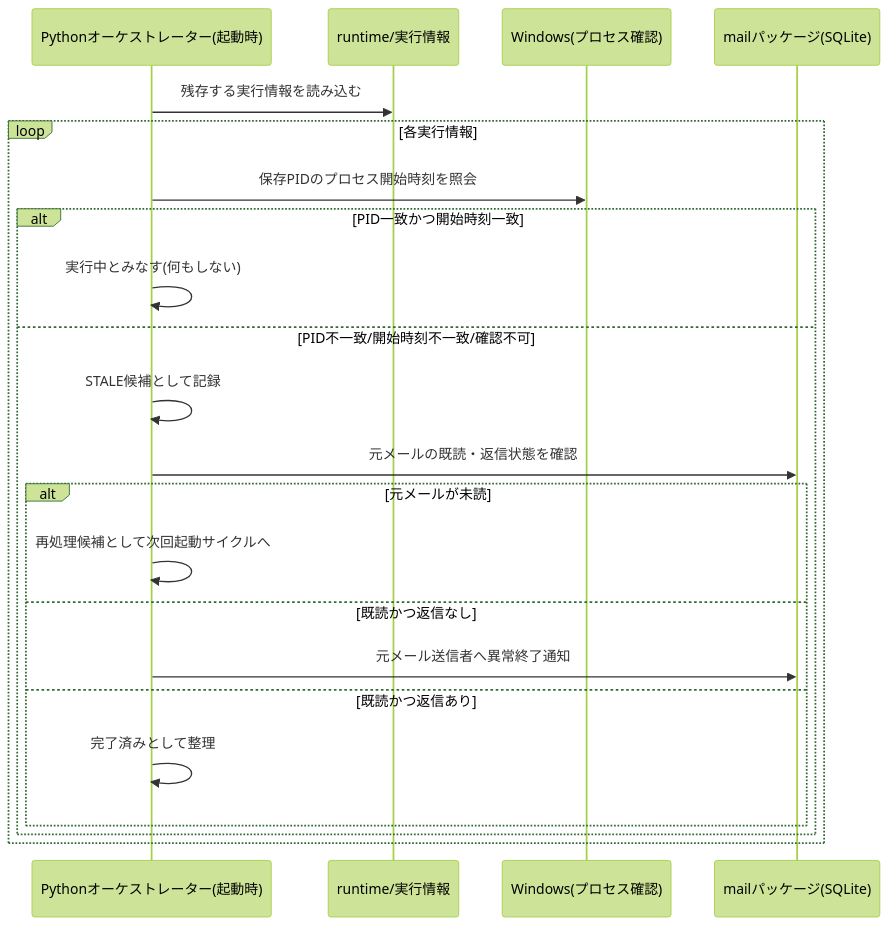
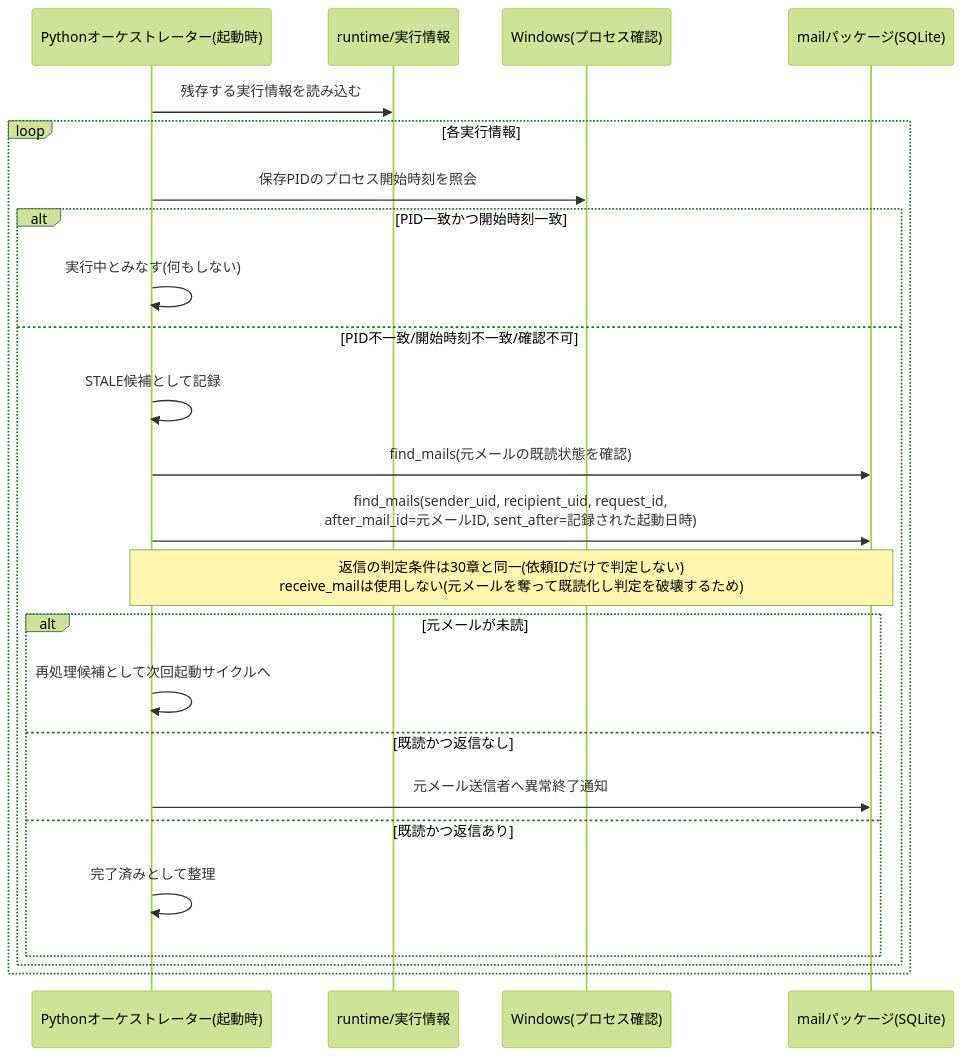
Before and after one commit to garyohosu/ai-orchestrator: the fourth of 4 diagrams in orchestrator/SEQUENCE.md, drawn with Mermaid (forest theme). The commit also changed other lines of this file and 6 other files, not shown here.

First line of the commit message:
docs: finalize initial request and mail query design

````diff
--- a/orchestrator/SEQUENCE.md
+++ b/orchestrator/SEQUENCE.md
@@ -170,25 +175,27 @@
 ```mermaid
 sequenceDiagram
     participant Orc as Pythonオーケストレーター(起動時)
     participant Runtime as runtime/実行情報
     participant OS as Windows(プロセス確認)
     participant Mail as mailパッケージ(SQLite)
 
     Orc->>Runtime: 残存する実行情報を読み込む
     loop 各実行情報
         Orc->>OS: 保存PIDのプロセス開始時刻を照会
         alt PID一致かつ開始時刻一致
             Orc->>Orc: 実行中とみなす(何もしない)
         else PID不一致/開始時刻不一致/確認不可
             Orc->>Orc: STALE候補として記録
-            Orc->>Mail: 元メールの既読・返信状態を確認
+            Orc->>Mail: find_mails(元メールの既読状態を確認)
+            Orc->>Mail: find_mails(sender_uid, recipient_uid, request_id,<br/>after_mail_id=元メールID, sent_after=記録された起動日時)
+            Note over Orc,Mail: 返信の判定条件は30章と同一(依頼IDだけで判定しない)<br/>receive_mailは使用しない(元メールを奪って既読化し判定を破壊するため)
             alt 元メールが未読
                 Orc->>Orc: 再処理候補として次回起動サイクルへ
             else 既読かつ返信なし
                 Orc->>Mail: 元メール送信者へ異常終了通知
             else 既読かつ返信あり
                 Orc->>Orc: 完了済みとして整理
             end
         end
     end
 ```
````
